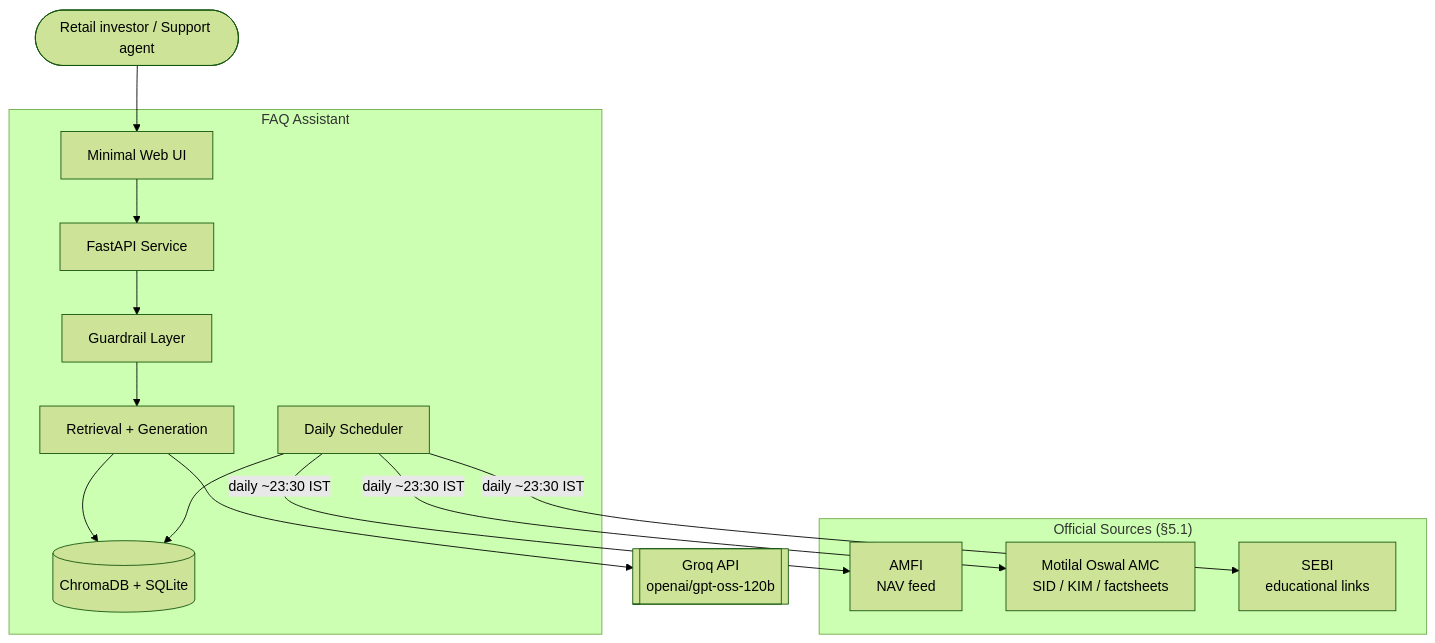
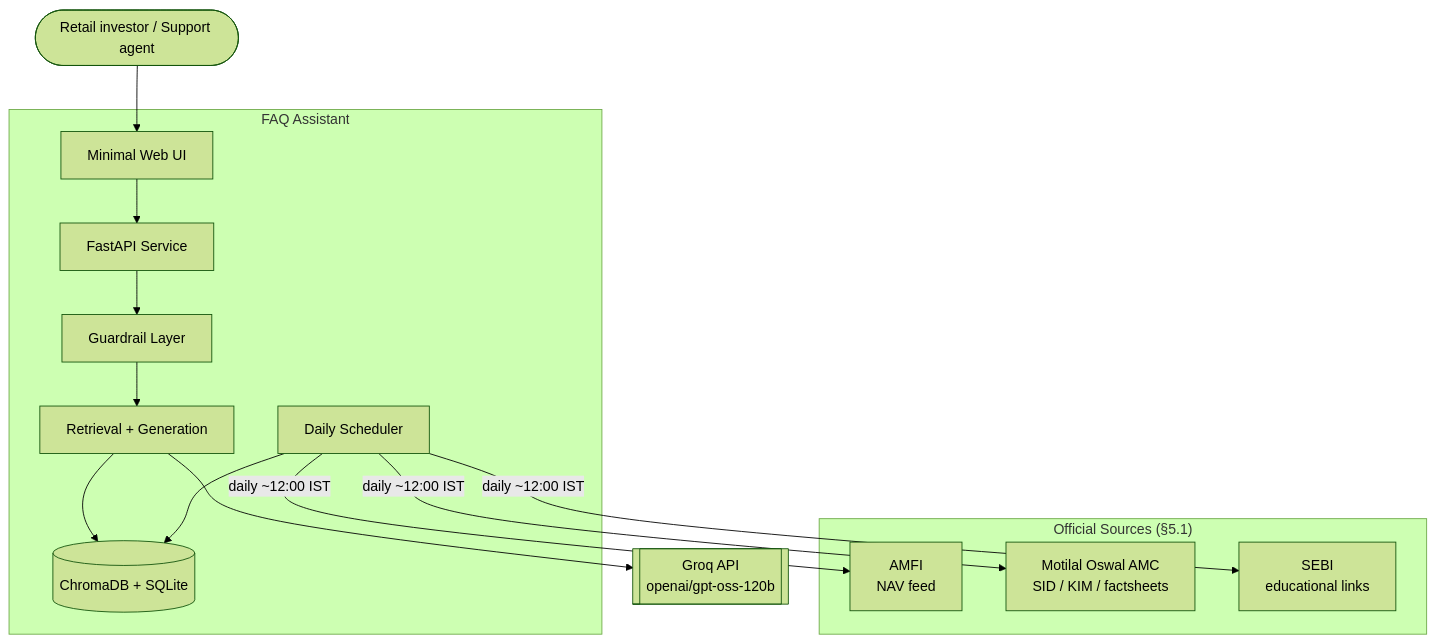
The first of 3 diagrams in docs/architecture.md (kanishk25/RAG-Agent-Fund-Project), drawn with Mermaid (forest theme) before and after one commit. The commit also changed other lines of this file and 13 other files, not shown here.

````diff
--- a/docs/architecture.md
+++ b/docs/architecture.md
@@ -48,24 +48,24 @@
 ```mermaid
 graph TB
     User([Retail investor / Support agent])
     subgraph App["FAQ Assistant"]
         UI[Minimal Web UI]
         API[FastAPI Service]
         Guard[Guardrail Layer]
         RAG[Retrieval + Generation]
         Sched[Daily Scheduler]
         Store[(ChromaDB + SQLite)]
     end
     subgraph Official["Official Sources (§5.1)"]
         AMFI[AMFI<br/>NAV feed]
         AMC[Motilal Oswal AMC<br/>SID / KIM / factsheets]
         SEBI[SEBI<br/>educational links]
     end
     Claude[[Groq API<br/>openai/gpt-oss-120b]]
 
     User --> UI --> API --> Guard --> RAG
     RAG --> Store
     RAG --> Claude
-    Sched -->|daily ~23:30 IST| AMFI & AMC & SEBI
+    Sched -->|daily ~12:00 IST| AMFI & AMC & SEBI
     Sched --> Store
 ```
````
